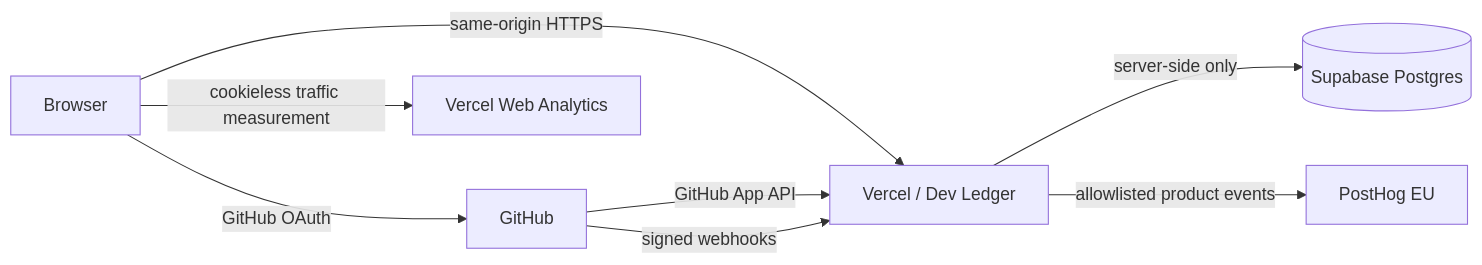
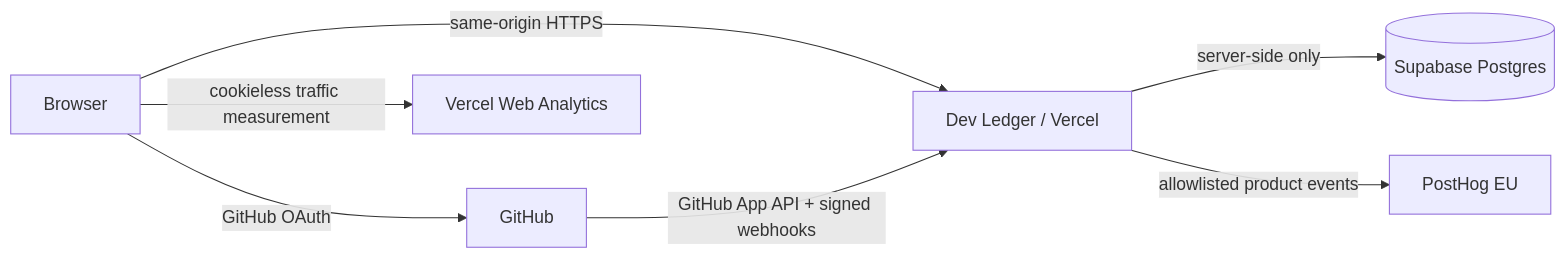
The diagram in README.md (Aliferous3/dev-ledger), drawn with Mermaid before and after one commit. The commit also changed other lines of this file, not shown here.

````diff
--- a/README.md
+++ b/README.md
@@ -48,10 +73,9 @@
 ```mermaid
 flowchart LR
-    U[Browser] -->|GitHub OAuth| GH[GitHub]
-    U -->|same-origin HTTPS| V[Vercel / Dev Ledger]
-    GH -->|GitHub App API| V
-    GH -->|signed webhooks| V
-    V -->|server-side only| S[(Supabase Postgres)]
-    V -->|allowlisted product events| P[PostHog EU]
-    U -->|cookieless traffic measurement| A[Vercel Web Analytics]
+    B[Browser] -->|GitHub OAuth| G[GitHub]
+    B -->|same-origin HTTPS| D[Dev Ledger / Vercel]
+    G -->|GitHub App API + signed webhooks| D
+    D -->|server-side only| S[(Supabase Postgres)]
+    D -->|allowlisted product events| P[PostHog EU]
+    B -->|cookieless traffic measurement| A[Vercel Web Analytics]
 ```
````
